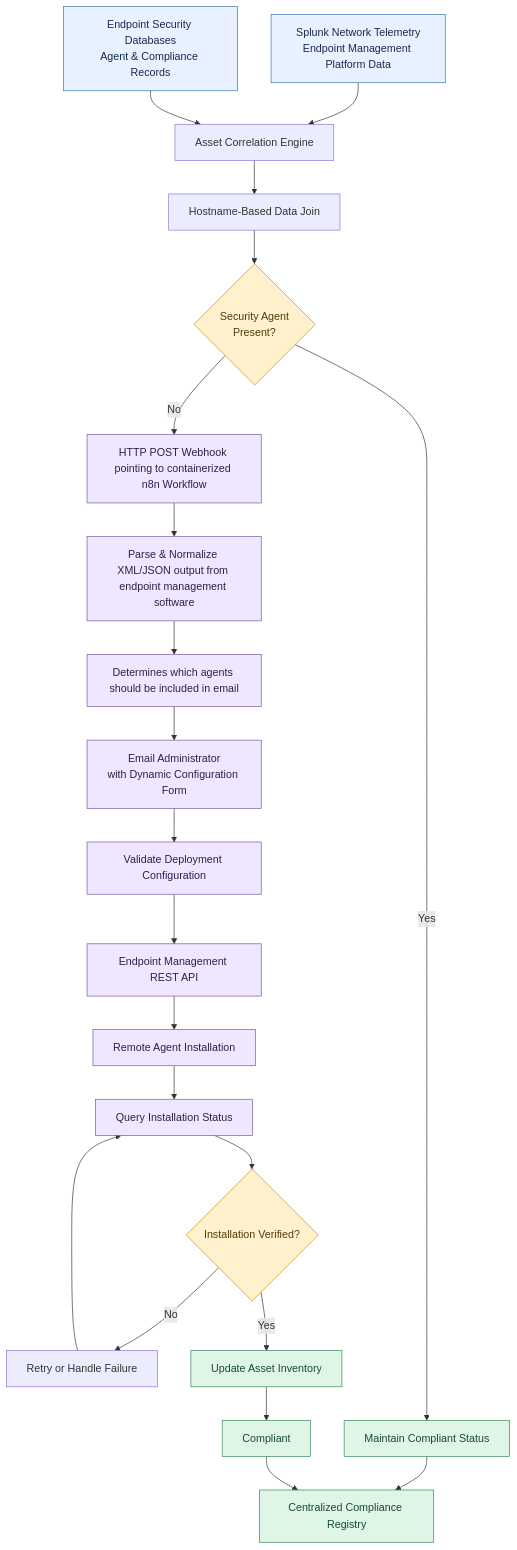
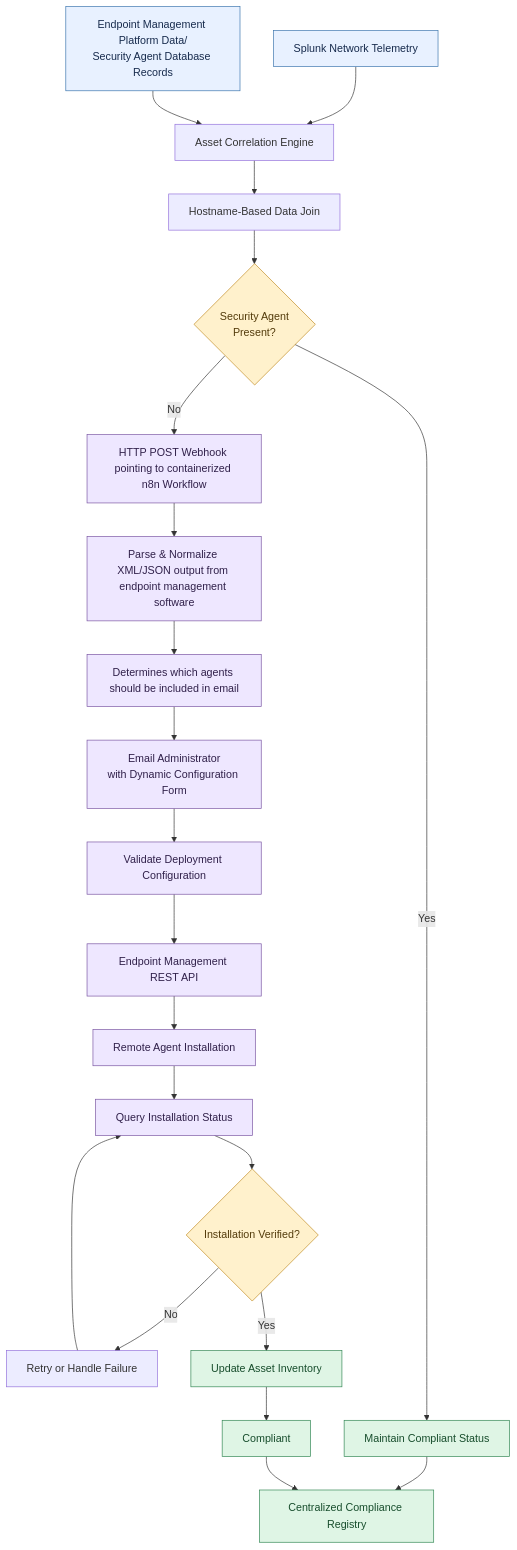
Before and after one commit to KaziHossain15/C2C-Pipeline: the first of 2 diagrams in README.md, drawn with Mermaid.

Commit message:
Revise flowchart labels in README.md
Updated flowchart labels for clarity and accuracy.

````diff
--- a/README.md
+++ b/README.md
@@ -22,41 +22,41 @@
 ```mermaid
 flowchart TD
-    A["Splunk Network Telemetry<br/>Endpoint Management Platform Data"] --> C["Asset Correlation Engine"]
-    B["Endpoint Security Databases<br/>Agent & Compliance Records"] --> C
+    A["Splunk Network Telemetry"] --> C["Asset Correlation Engine"]
+    B["Endpoint Management Platform Data/<br/>Security Agent Database Records"] --> C
 
     C --> D["Hostname-Based Data Join"]
     D --> E{"Security Agent<br/>Present?"}
 
     E -->|Yes| F["Maintain Compliant Status"]
     E -->|No| G["HTTP POST Webhook pointing to containerized n8n Workflow"]
 
     G --> H["Parse & Normalize XML/JSON output from endpoint management software"]
     H --> I["Determines which agents should be included in email"]
     I --> J["Email Administrator<br/>with Dynamic Configuration Form"]
 
     J --> K["Validate Deployment Configuration"]
     K --> L["Endpoint Management REST API"]
     L --> M["Remote Agent Installation"]
 
     M --> N["Query Installation Status"]
     N --> O{"Installation Verified?"}
 
     O -->|No| P["Retry or Handle Failure"]
     P --> N
 
     O -->|Yes| Q["Update Asset Inventory"]
     Q --> R["Compliant"]
 
     F --> S["Centralized Compliance Registry"]
     R --> S
 
     classDef source fill:#e8f1ff,stroke:#3973ac,color:#172b4d
     classDef automation fill:#eee7ff,stroke:#7954a1,color:#30204a
     classDef decision fill:#fff1cc,stroke:#c08a22,color:#533b0b
     classDef success fill:#dff5e5,stroke:#318653,color:#174d2c
 
     class A,B source
     class G,H,I,J,K,L,M,N automation
     class E,O decision
     class F,Q,R,S success
 ```
````
